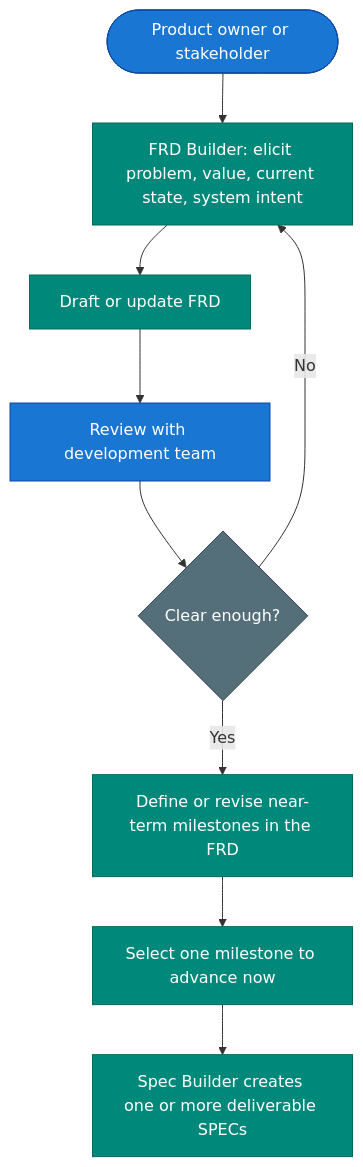
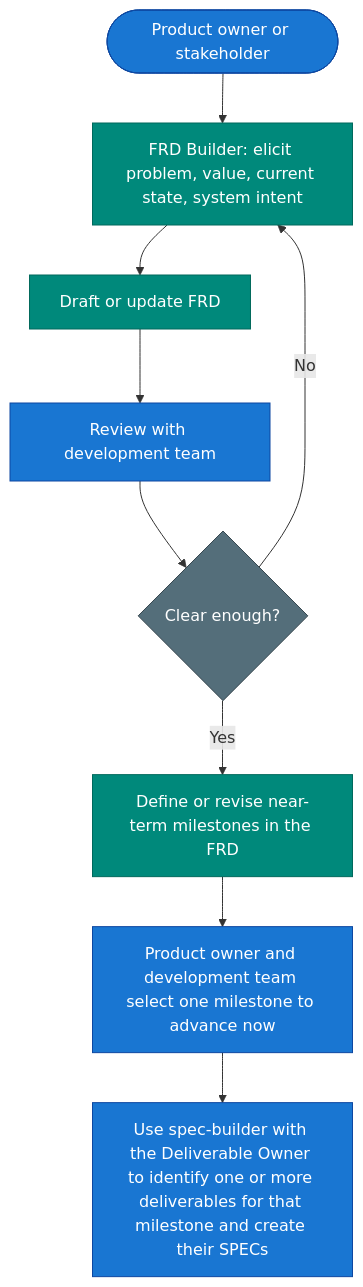
The second of 3 diagrams in zazz-framework.md (zazzcode/zazz-skills), drawn with Mermaid before and after one commit. The commit also changed other lines of this file, not shown here.

Commit message:
Clarify milestone-to-spec handoff in FRD flow

````diff
--- a/zazz-framework.md
+++ b/zazz-framework.md
@@ -363,18 +363,19 @@
 ```mermaid
 flowchart TD
     A([Product owner or stakeholder]) --> B[FRD Builder: elicit problem, value, current state, system intent]
     B --> C[Draft or update FRD]
     C --> D[Review with development team]
     D --> E{Clear enough?}
     E -->|No| B
     E -->|Yes| F[Define or revise near-term milestones in the FRD]
-    F --> G[Select one milestone to advance now]
-    G --> H[Spec Builder creates one or more deliverable SPECs]
+    F --> G[Product owner and development team select one milestone to advance now]
+    G --> H[Use spec-builder with the Deliverable Owner to identify one or more deliverables for that milestone and create their SPECs]
 
     classDef human fill:#1976d2,stroke:#0d47a1,color:#fff
     classDef agent fill:#00897b,stroke:#00695c,color:#fff
     classDef decision fill:#546e7a,stroke:#37474f,color:#fff
     class A,D human
-    class B,C,F,G,H agent
+    class B,C,F agent
+    class G,H human
     class E decision
 ```
````
